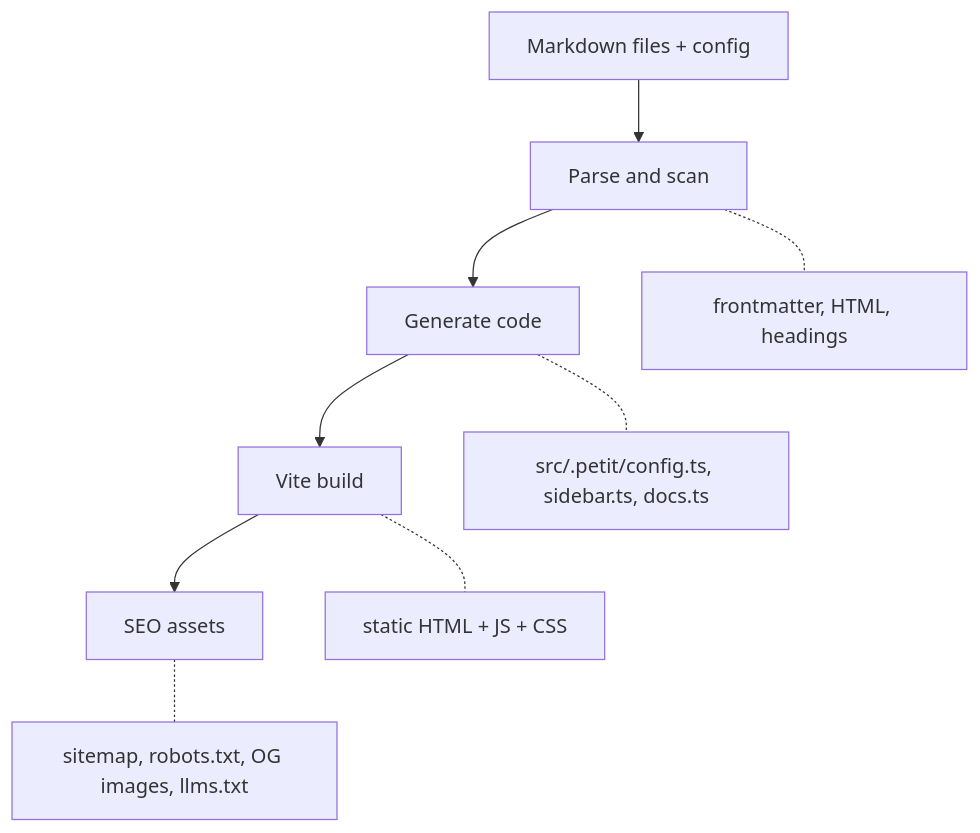
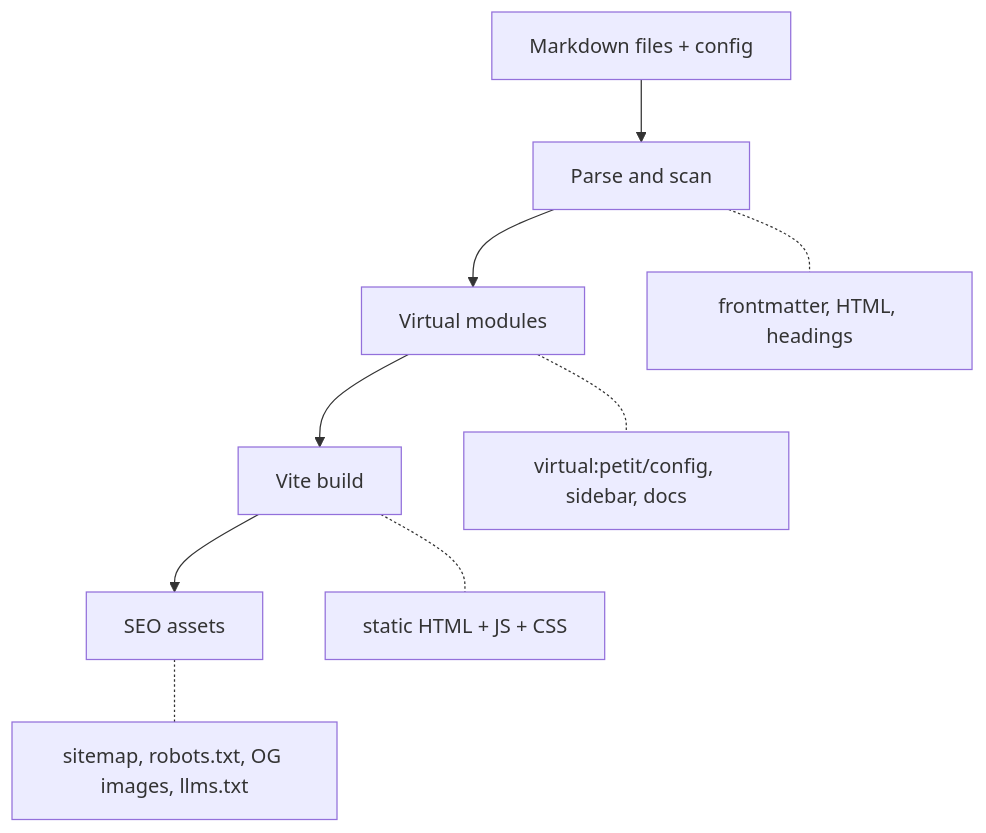
The diagram in docs/reference/architecture.md (ephem-sh/petit), drawn with Mermaid before and after one commit. The commit also changed other lines of this file and 16 other files, not shown here.

````diff
--- a/docs/reference/architecture.md
+++ b/docs/reference/architecture.md
@@ -17,12 +17,12 @@
 ```mermaid
 graph TD
     A[Markdown files + config] --> B[Parse and scan]
-    B --> C[Generate code]
+    B --> C[Virtual modules]
     C --> D[Vite build]
     D --> E[SEO assets]
 
     B -.- B1[frontmatter, HTML, headings]
-    C -.- C1[src/.petit/config.ts, sidebar.ts, docs.ts]
+    C -.- C1[virtual:petit/config, sidebar, docs]
     D -.- D1[static HTML + JS + CSS]
     E -.- E1[sitemap, robots.txt, OG images, llms.txt]
 ```
````
